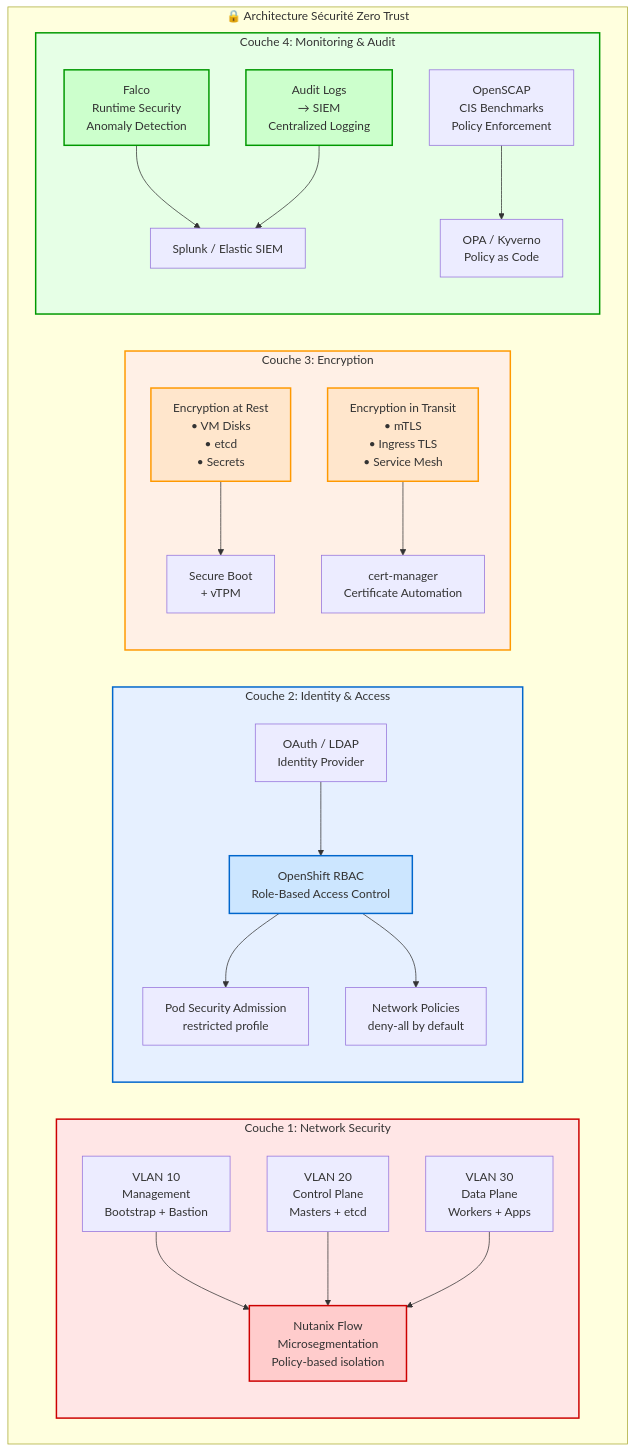
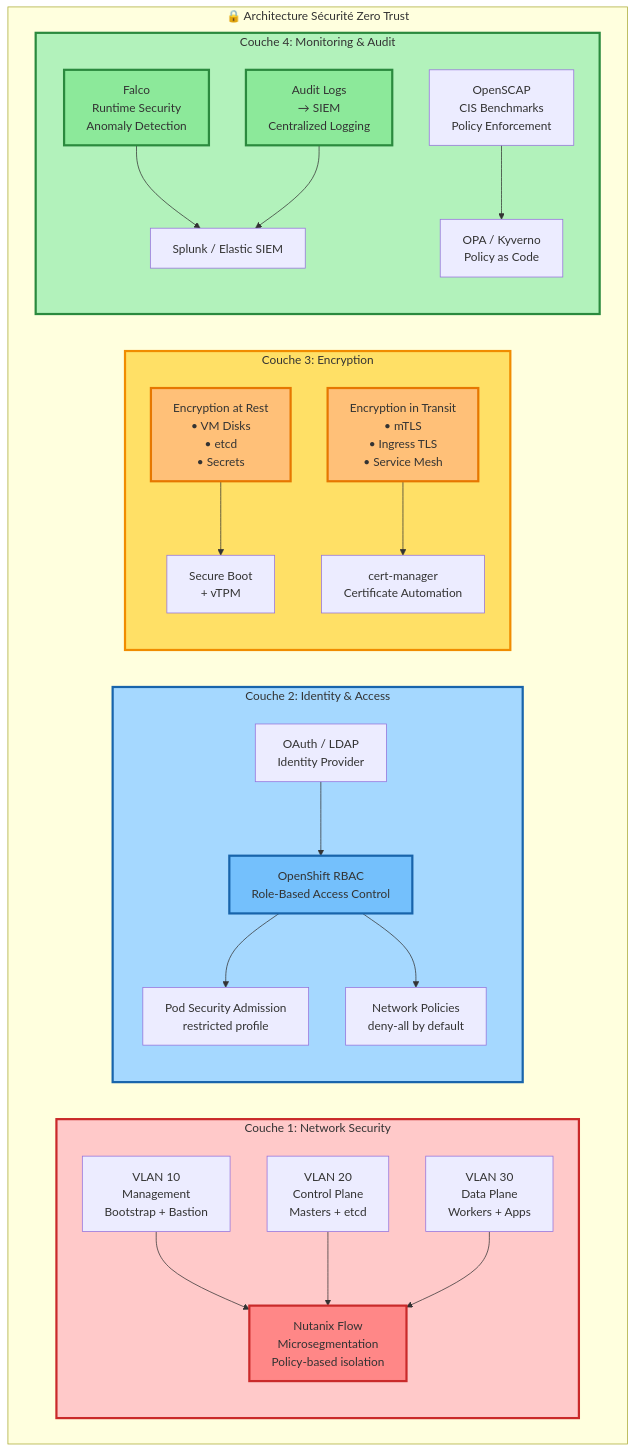
One commit to Z3ROX-lab/gtt-terraform-pour-openshift-UPI changed the seventh of 8 diagrams in DIAGRAMS_MERMAID.md. Above: the diagram before and after it, drawn with Mermaid. The commit also changed other lines of this file, not shown here.

First line of the commit message:
Amélioration des couleurs des diagrammes Mermaid pour meilleure visibilité

````diff
--- a/DIAGRAMS_MERMAID.md
+++ b/DIAGRAMS_MERMAID.md
@@ -440,56 +440,56 @@
 ```mermaid
 graph TB
     subgraph ZeroTrust["🔒 Architecture Sécurité Zero Trust"]
         subgraph Layer1["Couche 1: Network Security"]
             VLAN1[VLAN 10<br/>Management<br/>Bootstrap + Bastion]
             VLAN2[VLAN 20<br/>Control Plane<br/>Masters + etcd]
             VLAN3[VLAN 30<br/>Data Plane<br/>Workers + Apps]
 
             Microseg[Nutanix Flow<br/>Microsegmentation<br/>Policy-based isolation]
 
             VLAN1 --> Microseg
             VLAN2 --> Microseg
             VLAN3 --> Microseg
         end
 
         subgraph Layer2["Couche 2: Identity & Access"]
             RBAC[OpenShift RBAC<br/>Role-Based Access Control]
             OAuth[OAuth / LDAP<br/>Identity Provider]
             PSA[Pod Security Admission<br/>restricted profile]
             NetPol[Network Policies<br/>deny-all by default]
 
             OAuth --> RBAC
             RBAC --> PSA
             RBAC --> NetPol
         end
 
         subgraph Layer3["Couche 3: Encryption"]
             AtRest[Encryption at Rest<br/>• VM Disks<br/>• etcd<br/>• Secrets]
             InTransit[Encryption in Transit<br/>• mTLS<br/>• Ingress TLS<br/>• Service Mesh]
 
             AtRest --> SecureBoot[Secure Boot<br/>+ vTPM]
             InTransit --> CertMgr[cert-manager<br/>Certificate Automation]
         end
 
         subgraph Layer4["Couche 4: Monitoring & Audit"]
             Runtime[Falco<br/>Runtime Security<br/>Anomaly Detection]
             Audit[Audit Logs<br/>→ SIEM<br/>Centralized Logging]
             Compliance[OpenSCAP<br/>CIS Benchmarks<br/>Policy Enforcement]
 
             Runtime --> SIEM[Splunk / Elastic SIEM]
             Audit --> SIEM
             Compliance --> OPA[OPA / Kyverno<br/>Policy as Code]
         end
     end
 
-    style Layer1 fill:#ffe6e6,stroke:#cc0000,stroke-width:2px
-    style Layer2 fill:#e6f0ff,stroke:#0066cc,stroke-width:2px
-    style Layer3 fill:#fff0e6,stroke:#ff9900,stroke-width:2px
-    style Layer4 fill:#e6ffe6,stroke:#009900,stroke-width:2px
-    style Microseg fill:#ffcccc,stroke:#cc0000,stroke-width:2px
-    style RBAC fill:#cce6ff,stroke:#0066cc,stroke-width:2px
-    style AtRest fill:#ffe6cc,stroke:#ff9900,stroke-width:2px
-    style InTransit fill:#ffe6cc,stroke:#ff9900,stroke-width:2px
-    style Runtime fill:#ccffcc,stroke:#009900,stroke-width:2px
-    style Audit fill:#ccffcc,stroke:#009900,stroke-width:2px
+    style Layer1 fill:#ffc9c9,stroke:#c92a2a,stroke-width:3px
+    style Layer2 fill:#a5d8ff,stroke:#1864ab,stroke-width:3px
+    style Layer3 fill:#ffe066,stroke:#f08c00,stroke-width:3px
+    style Layer4 fill:#b2f2bb,stroke:#2b8a3e,stroke-width:3px
+    style Microseg fill:#ff8787,stroke:#c92a2a,stroke-width:3px
+    style RBAC fill:#74c0fc,stroke:#1864ab,stroke-width:3px
+    style AtRest fill:#ffc078,stroke:#e67700,stroke-width:3px
+    style InTransit fill:#ffc078,stroke:#e67700,stroke-width:3px
+    style Runtime fill:#8ce99a,stroke:#2b8a3e,stroke-width:3px
+    style Audit fill:#8ce99a,stroke:#2b8a3e,stroke-width:3px
 ```
````
